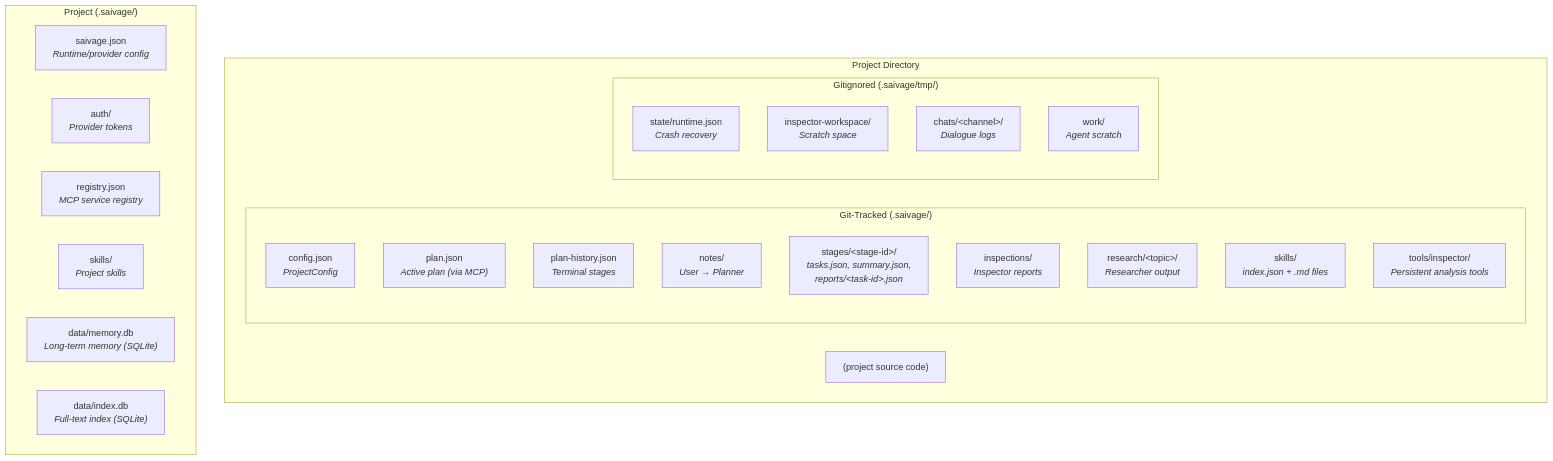
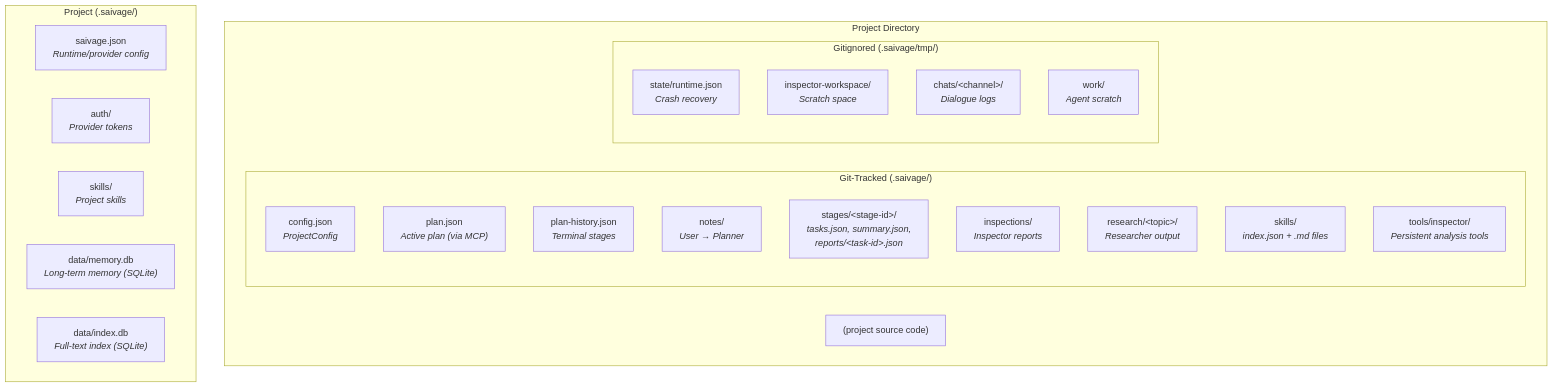
One commit to salva/saivage changed the third of 14 diagrams in SPEC/v2/06-SYSTEM-DESIGN.md. Above: the diagram before and after it, drawn with Mermaid. The commit also changed other lines of this file and 405 other files, not shown here.

````diff
--- a/SPEC/v2/06-SYSTEM-DESIGN.md
+++ b/SPEC/v2/06-SYSTEM-DESIGN.md
@@ -287,32 +289,31 @@
 ```mermaid
 graph TB
     subgraph "Project Directory"
         subgraph "Git-Tracked (.saivage/)"
             CONF["config.json<br/><i>ProjectConfig</i>"]
             PLAN["plan.json<br/><i>Active plan (via MCP)</i>"]
             HIST["plan-history.json<br/><i>Terminal stages</i>"]
             NOTES["notes/<br/><i>User → Planner</i>"]
             STAGES["stages/&lt;stage-id&gt;/<br/><i>tasks.json, summary.json,<br/>reports/&lt;task-id&gt;.json</i>"]
             INSP["inspections/<br/><i>Inspector reports</i>"]
             RESEARCH["research/&lt;topic&gt;/<br/><i>Researcher output</i>"]
             SKILLS["skills/<br/><i>index.json + .md files</i>"]
             TOOLS["tools/inspector/<br/><i>Persistent analysis tools</i>"]
         end
         subgraph "Gitignored (.saivage/tmp/)"
             RUNTIME["state/runtime.json<br/><i>Crash recovery</i>"]
             IWRK["inspector-workspace/<br/><i>Scratch space</i>"]
             CHATS["chats/&lt;channel&gt;/<br/><i>Dialogue logs</i>"]
             WORK["work/<br/><i>Agent scratch</i>"]
         end
         SRC["(project source code)"]
     end
 
     subgraph "Project (.saivage/)"
         GCONF["saivage.json<br/><i>Runtime/provider config</i>"]
         AUTH["auth/<br/><i>Provider tokens</i>"]
-        REG["registry.json<br/><i>MCP service registry</i>"]
         GSKILLS["skills/<br/><i>Project skills</i>"]
         MEMDB["data/memory.db<br/><i>Long-term memory (SQLite)</i>"]
         IDXDB["data/index.db<br/><i>Full-text index (SQLite)</i>"]
     end
 ```
````
